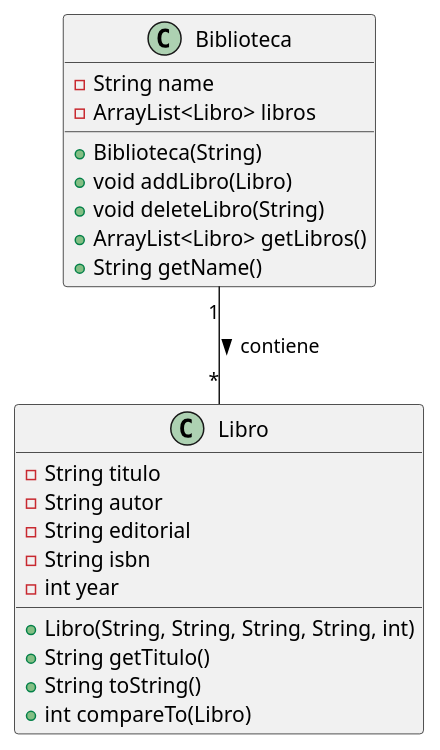
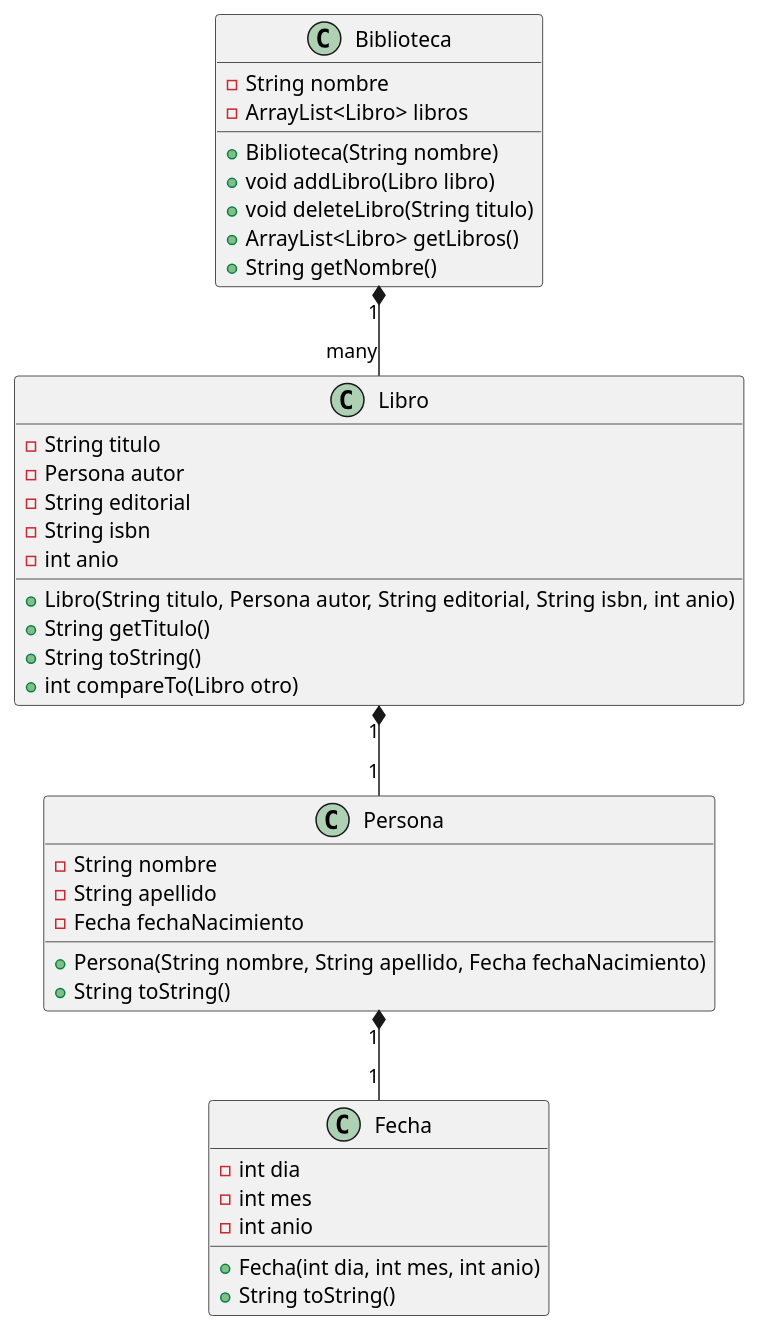
The diagram in bin/Diagrams/Biblioteca.puml (AlexWhut/Java), drawn with PlantUML before and after one commit. The commit also changed 13 other files, not shown here.

```diff
--- a/bin/Diagrams/Biblioteca.puml
+++ b/bin/Diagrams/Biblioteca.puml
@@ -1,27 +1,43 @@
 @startuml
-
 class Biblioteca {
-    - String name
+    - String nombre
     - ArrayList<Libro> libros
-    + Biblioteca(String)
-    + void addLibro(Libro)
-    + void deleteLibro(String)
+    + Biblioteca(String nombre)
+    + void addLibro(Libro libro)
+    + void deleteLibro(String titulo)
     + ArrayList<Libro> getLibros()
-    + String getName()
+    + String getNombre()
 }
 
 class Libro {
     - String titulo
-    - String autor
+    - Persona autor
     - String editorial
     - String isbn
-    - int year
-    + Libro(String, String, String, String, int)
+    - int anio
+    + Libro(String titulo, Persona autor, String editorial, String isbn, int anio)
     + String getTitulo()
     + String toString()
-    + int compareTo(Libro)
+    + int compareTo(Libro otro)
 }
 
-Biblioteca "1" -- "*" Libro : contiene >
+class Persona {
+    - String nombre
+    - String apellido
+    - Fecha fechaNacimiento
+    + Persona(String nombre, String apellido, Fecha fechaNacimiento)
+    + String toString()
+}
 
+class Fecha {
+    - int dia
+    - int mes
+    - int anio
+    + Fecha(int dia, int mes, int anio)
+    + String toString()
+}
+
+Biblioteca "1" *-- "many" Libro
+Libro "1" *-- "1" Persona
+Persona "1" *-- "1" Fecha
 @enduml
```
